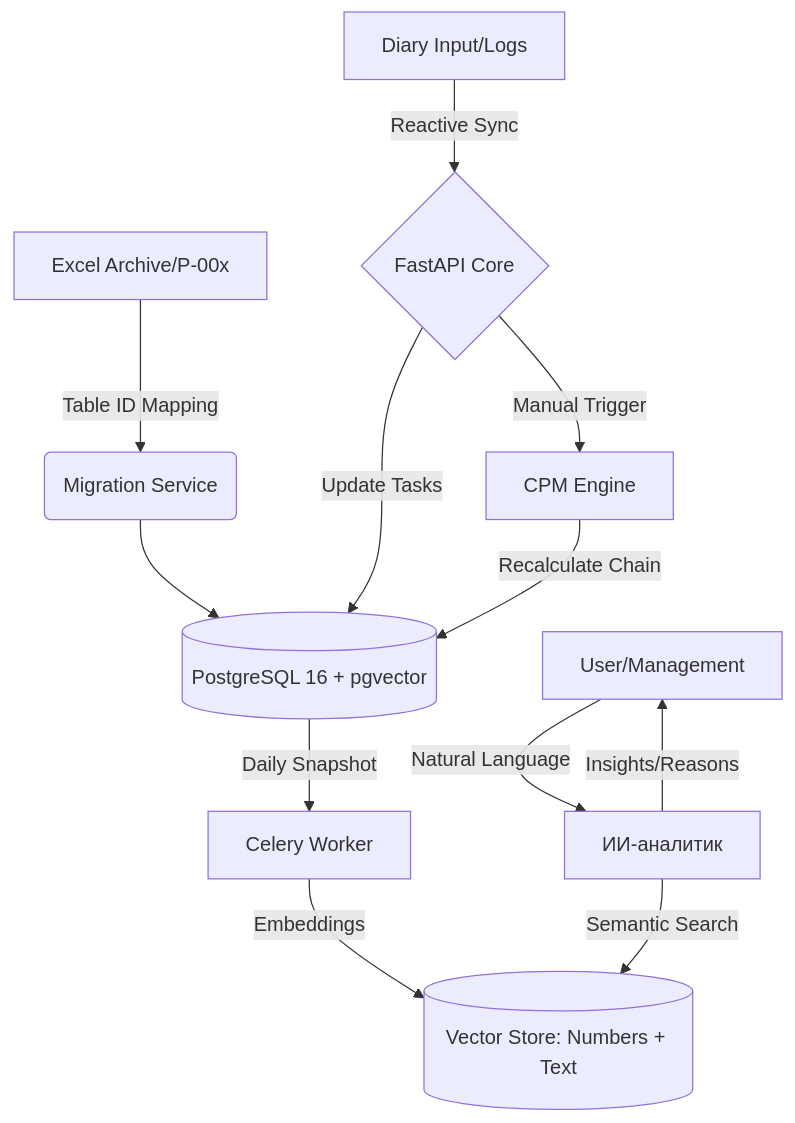
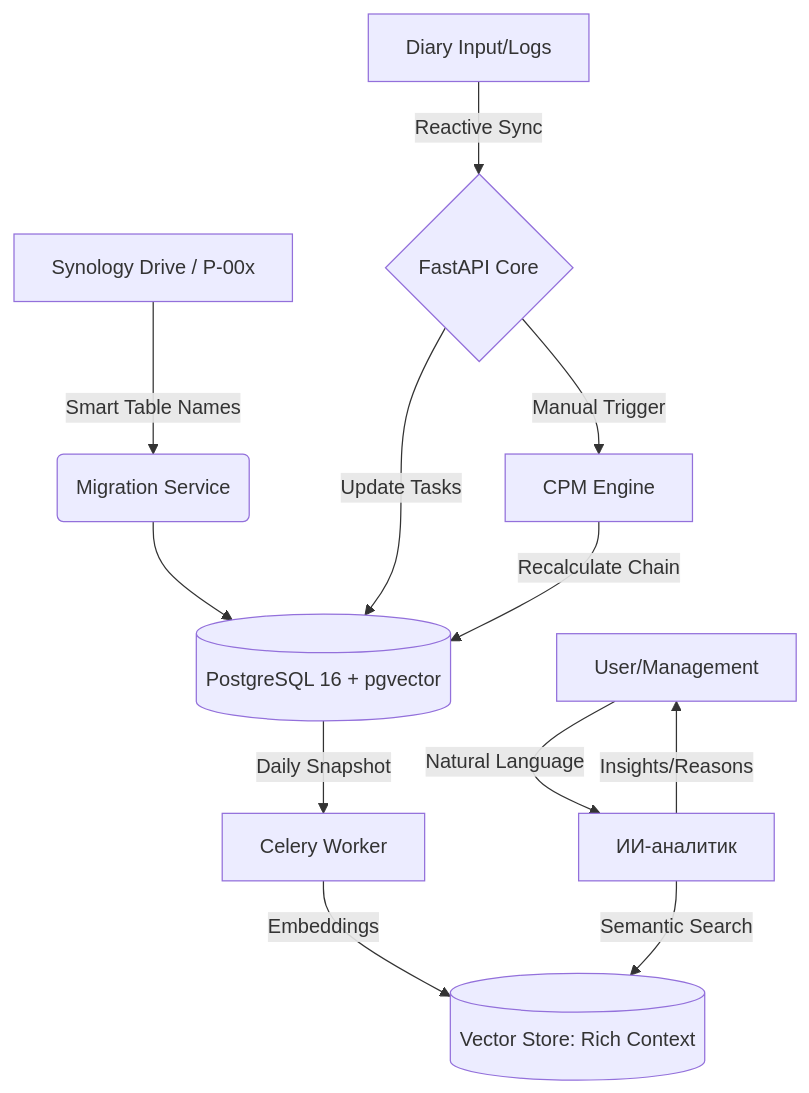
One commit to fckmanabove/Project-Chain changed the diagram in README.md. Above: the diagram before and after it, drawn with Mermaid. The commit also changed other lines of this file, not shown here.

````diff
--- a/README.md
+++ b/README.md
@@ -8,14 +9,14 @@
 ```mermaid
 graph TD
-    A[Excel Archive/P-00x] -->|Table ID Mapping| B(Migration Service)
+    A[Synology Drive / P-00x] -->|Smart Table Names| B(Migration Service)
     B --> C[(PostgreSQL 16 + pgvector)]
     D[Diary Input/Logs] -->|Reactive Sync| E{FastAPI Core}
     E -->|Update Tasks| C
     E -->|Manual Trigger| F[CPM Engine]
     F -->|Recalculate Chain| C
     C -->|Daily Snapshot| G[Celery Worker]
-    G -->|Embeddings| H[(Vector Store: Numbers + Text)]
+    G -->|Embeddings| H[(Vector Store: Rich Context)]
     I[User/Management] -->|Natural Language| J[ИИ-аналитик]
     J -->|Semantic Search| H
     J -->|Insights/Reasons| I
 ```
````
